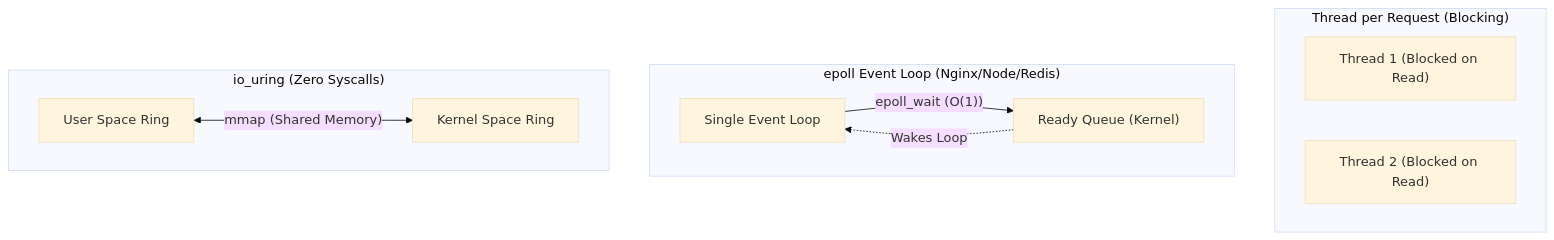
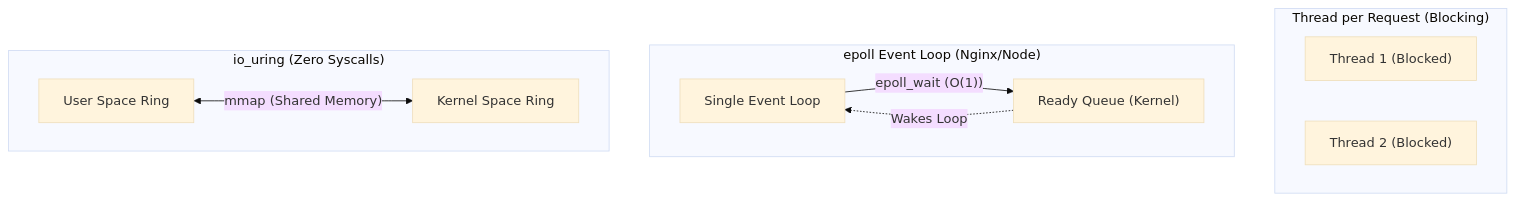
Before and after one commit to fazleyrabby/backend-engineering-mastery: the diagram in cs-fundamentals/03_linux_io_models_epoll.md, drawn with Mermaid (base theme). The commit also changed other lines of this file and 15 other files, not shown here.

````diff
--- a/cs-fundamentals/03_linux_io_models_epoll.md
+++ b/cs-fundamentals/03_linux_io_models_epoll.md
@@ -102,21 +65,21 @@
 ```mermaid
 flowchart TD
     subgraph "Thread per Request (Blocking)"
-        T1["Thread 1 (Blocked on Read)"]
-        T2["Thread 2 (Blocked on Read)"]
+        T1["Thread 1 (Blocked)"]
+        T2["Thread 2 (Blocked)"]
     end
     
-    subgraph "epoll Event Loop (Nginx/Node/Redis)"
+    subgraph "epoll Event Loop (Nginx/Node)"
         EL["Single Event Loop"]
         RQ["Ready Queue (Kernel)"]
         
         EL --> |"epoll_wait (O(1))"| RQ
         RQ -. "Wakes Loop" .-> EL
     end
     
     subgraph "io_uring (Zero Syscalls)"
         User["User Space Ring"]
         Kern["Kernel Space Ring"]
         User <--> |"mmap (Shared Memory)"| Kern
     end
 ```
````
